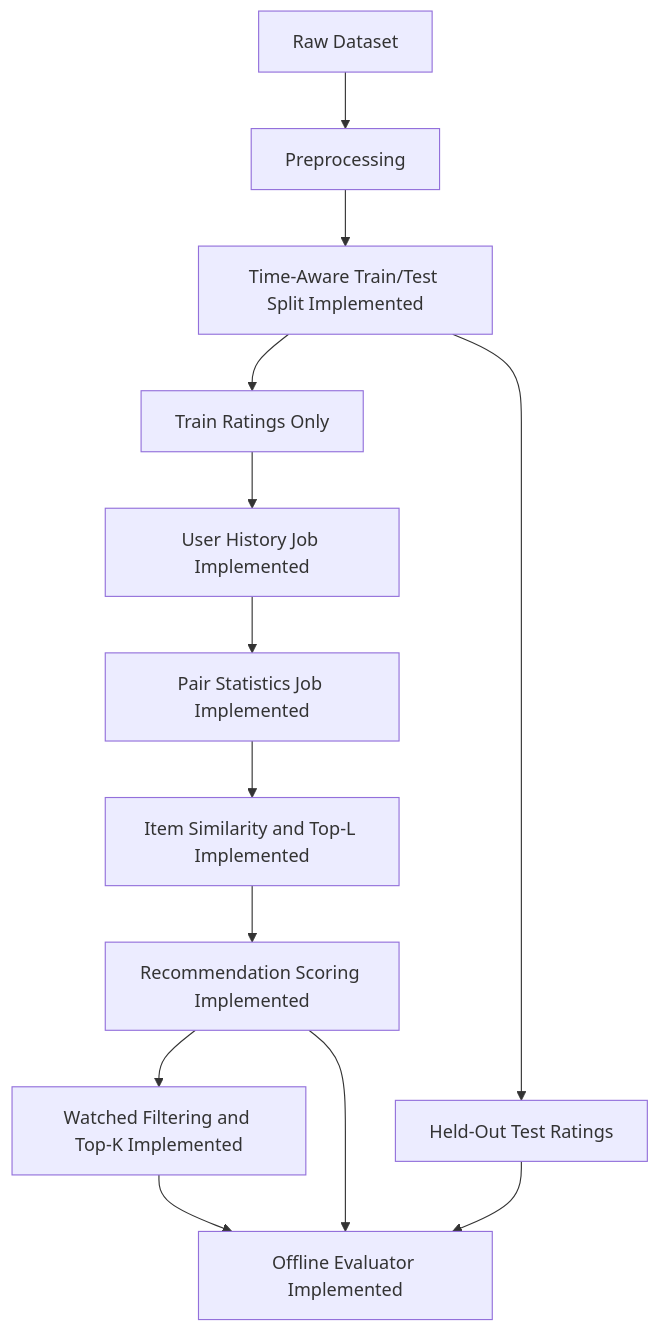
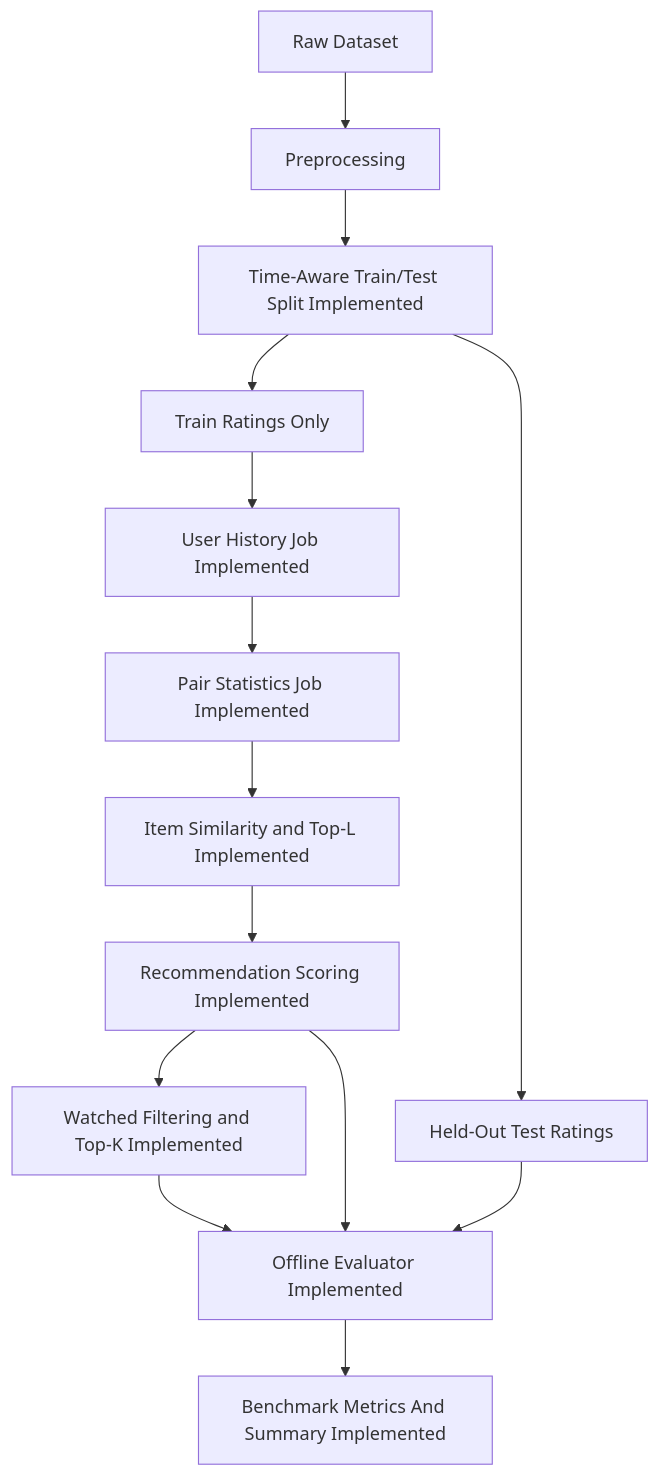
The diagram in docs/architecture.md (hieulenho/movie-recommender-hadoop), drawn with Mermaid before and after one commit. The commit also changed other lines of this file and 17 other files, not shown here.

````diff
--- a/docs/architecture.md
+++ b/docs/architecture.md
@@ -19,15 +19,16 @@
 ```mermaid
 flowchart TD
     A[Raw Dataset] --> B[Preprocessing]
     B --> C[Time-Aware Train/Test Split Implemented]
     C --> D[Train Ratings Only]
     C --> T[Held-Out Test Ratings]
     D --> E[User History Job Implemented]
     E --> F[Pair Statistics Job Implemented]
     F --> G[Item Similarity and Top-L Implemented]
     G --> H[Recommendation Scoring Implemented]
     H --> I[Watched Filtering and Top-K Implemented]
     I --> J[Offline Evaluator Implemented]
     H --> J
     T --> J
+    J --> K[Benchmark Metrics And Summary Implemented]
 ```
````
